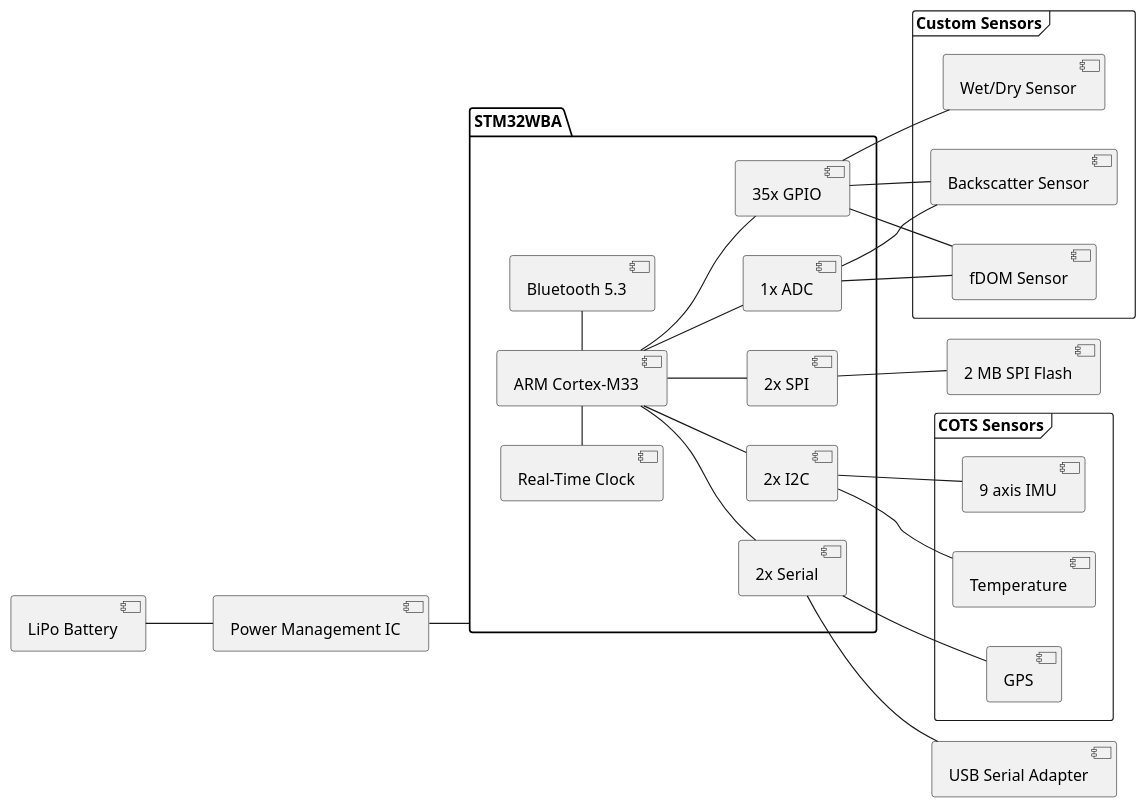
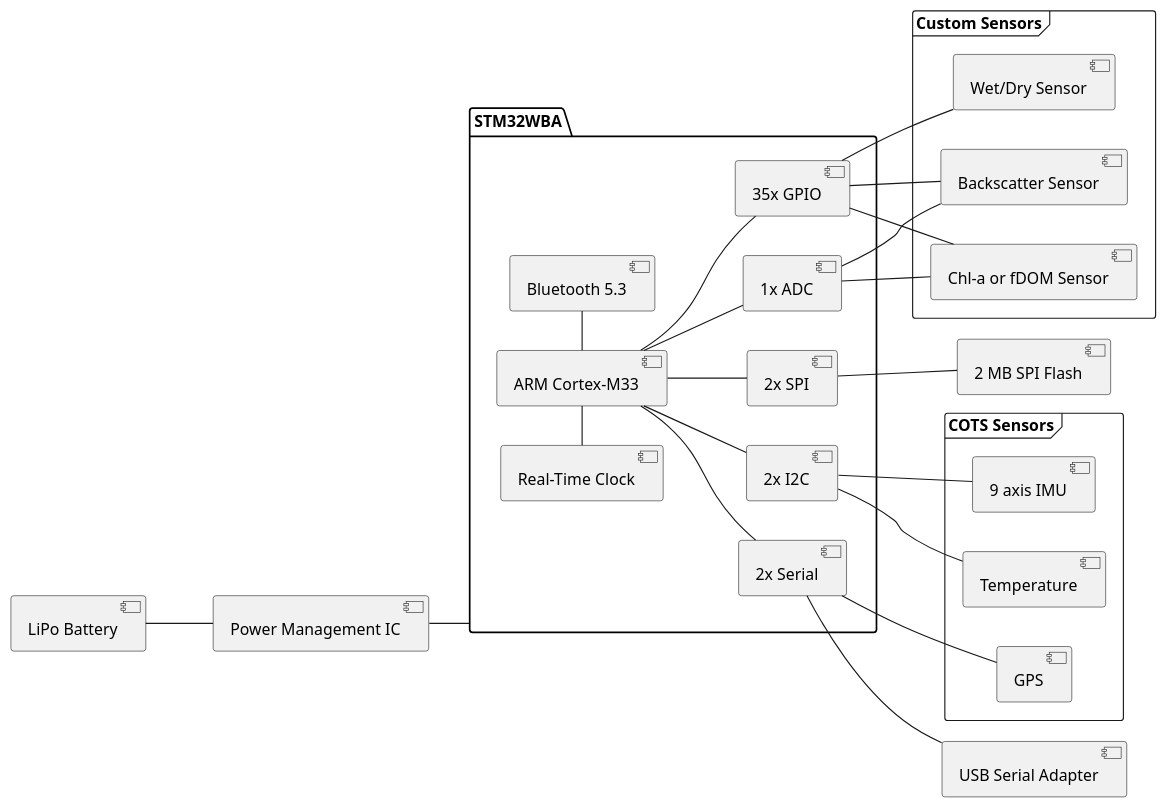
One commit to UCSD-E4E/smartfin-docs changed the first of 2 diagrams in diagrams/system_diagram.puml. Above: the diagram before and after it, drawn with PlantUML.

Commit message:
doc: Add chl-a

```diff
--- a/diagrams/system_diagram.puml
+++ b/diagrams/system_diagram.puml
@@ -1,49 +1,49 @@
 @startuml Smartfin v3 System Diagram
 left to right direction
 
 package "STM32WBA" {
     [ARM Cortex-M33] as cpu
     [Bluetooth 5.3] as ble
     [Real-Time Clock] as rtc
     [35x GPIO] as gpio_bank
     [2x SPI] as spi_bank
     [2x I2C] as i2c_bank
     [2x Serial] as serial_bank
     [1x ADC] as adc_bank
     cpu -- gpio_bank
     cpu -- spi_bank
     cpu -- i2c_bank
     cpu -- serial_bank
     cpu -- adc_bank
     cpu - ble
     rtc - cpu
 }
 
 frame "COTS Sensors" {
     [9 axis IMU] as imu
     [Temperature] as temp
     [GPS] as gps
 }
 frame "Custom Sensors" {
     [Wet/Dry Sensor] as wd_sensor
     [Backscatter Sensor] as optics1
-    [fDOM Sensor] as optics2
+    [Chl-a or fDOM Sensor] as optics2
 }
 [2 MB SPI Flash] as spi_flash
 [Power Management IC] as pmic
 [LiPo Battery] as battery
 [USB Serial Adapter] as usb_serial
 
 i2c_bank -- imu
 i2c_bank -- temp
 gpio_bank -- wd_sensor
 serial_bank -- gps
 gpio_bank -- optics1
 gpio_bank -- optics2
 adc_bank -- optics1
 adc_bank -- optics2
 spi_bank -- spi_flash
 battery -- pmic
 pmic -- "STM32WBA"
 serial_bank -- usb_serial
 @enduml
```
